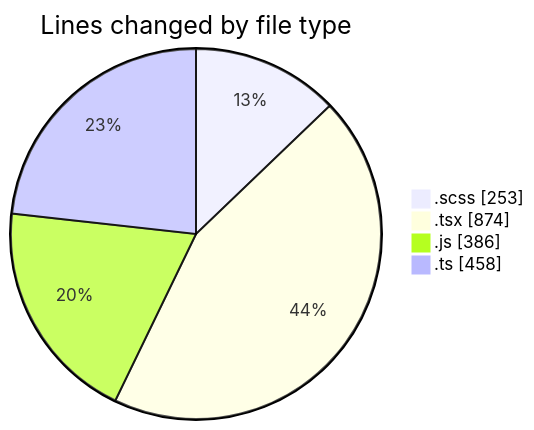
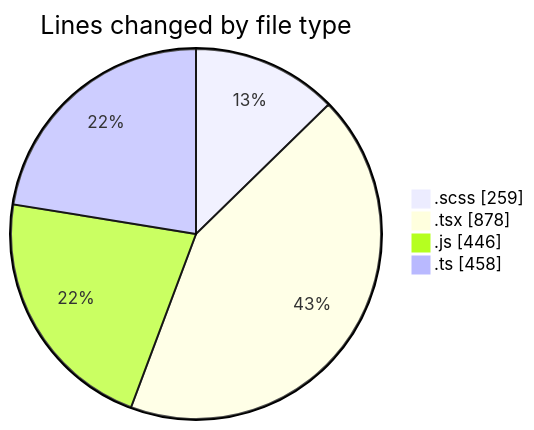
Before and after one commit to momahboobian/code-tracking: the first of 2 diagrams in 2025-03-14/cda/README.md, drawn with Mermaid. The commit also changed other lines of this file and 1 other file, not shown here.

````diff
--- a/2025-03-14/cda/README.md
+++ b/2025-03-14/cda/README.md
@@ -34,8 +34,8 @@
 ```mermaid
 pie showData
 title Lines changed by file type
-".scss" : 253
-".tsx" : 874
-".js" : 386
+".scss" : 259
+".tsx" : 878
+".js" : 446
 ".ts" : 458
 ```
````
